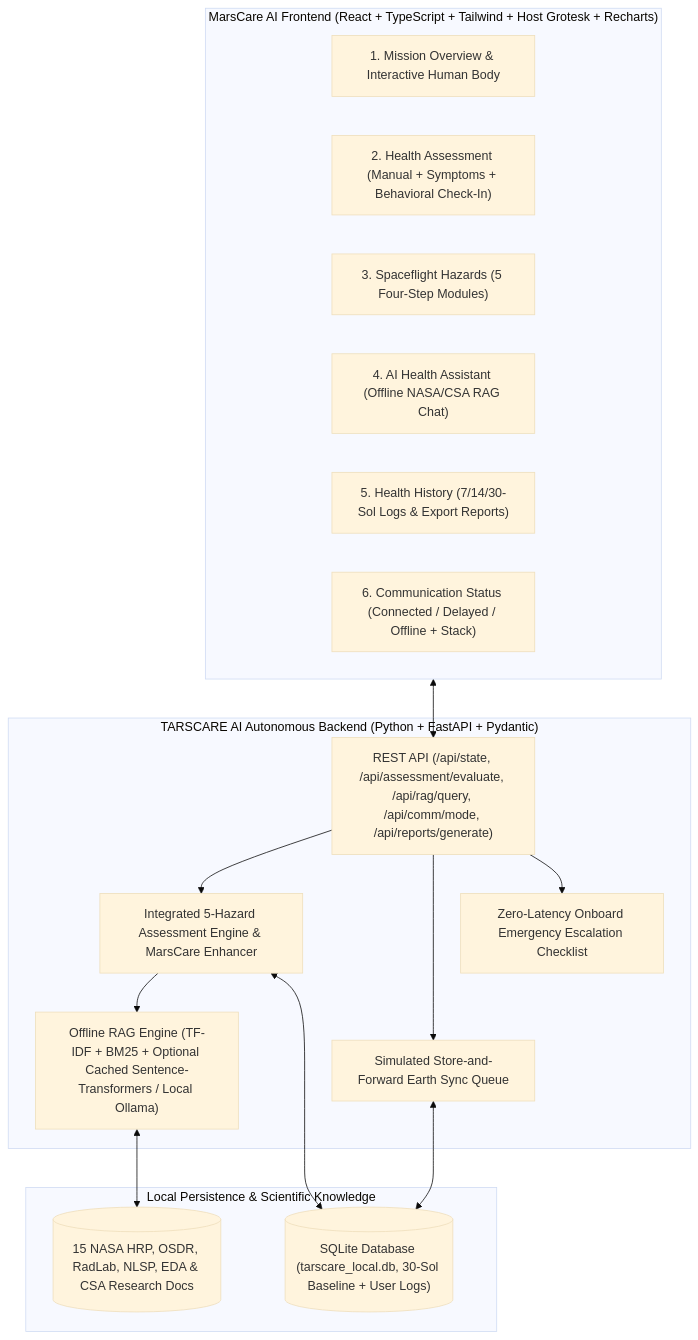
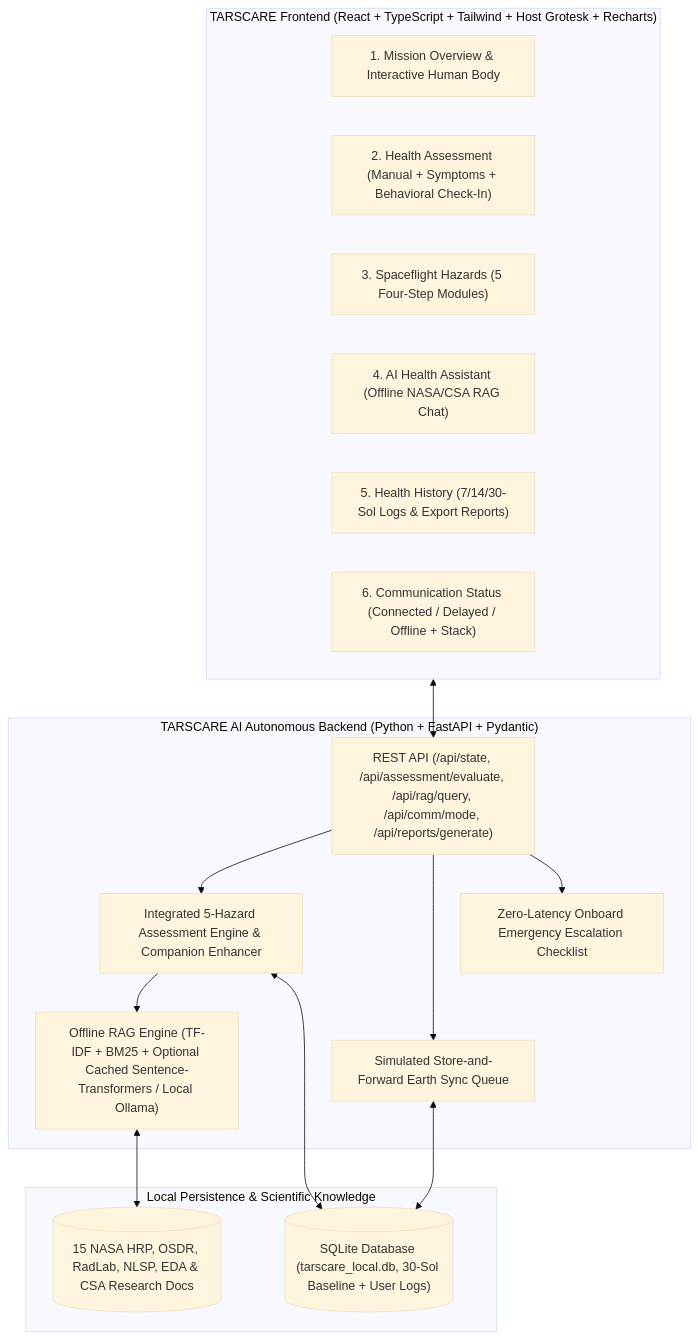
One commit to TanSuChin/NASASpaceChallenge2026-Milky_Has_Its_Own_Way changed the diagram in README.md. Above: the diagram before and after it, drawn with Mermaid (base theme). The commit also changed other lines of this file and 15 other files, not shown here.

Commit message:
feat: initialize TARSCARE space health platform with frontend components and backend routes

````diff
--- a/README.md
+++ b/README.md
@@ -10,33 +10,33 @@
 ```mermaid
 flowchart TD
-    subgraph Frontend["MarsCare AI Frontend (React + TypeScript + Tailwind + Host Grotesk + Recharts)"]
+    subgraph Frontend["TARSCARE Frontend (React + TypeScript + Tailwind + Host Grotesk + Recharts)"]
         V1["1. Mission Overview & Interactive Human Body"]
         V2["2. Health Assessment (Manual + Symptoms + Behavioral Check-In)"]
         V3["3. Spaceflight Hazards (5 Four-Step Modules)"]
         V4["4. AI Health Assistant (Offline NASA/CSA RAG Chat)"]
         V5["5. Health History (7/14/30-Sol Logs & Export Reports)"]
         V6["6. Communication Status (Connected / Delayed / Offline + Stack)"]
     end
 
     subgraph Backend["TARSCARE AI Autonomous Backend (Python + FastAPI + Pydantic)"]
         API["REST API (/api/state, /api/assessment/evaluate, /api/rag/query, /api/comm/mode, /api/reports/generate)"]
-        ENG["Integrated 5-Hazard Assessment Engine & MarsCare Enhancer"]
+        ENG["Integrated 5-Hazard Assessment Engine & Companion Enhancer"]
         RAG["Offline RAG Engine (TF-IDF + BM25 + Optional Cached Sentence-Transformers / Local Ollama)"]
         SF["Simulated Store-and-Forward Earth Sync Queue"]
         EMG["Zero-Latency Onboard Emergency Escalation Checklist"]
     end
 
     subgraph Storage["Local Persistence & Scientific Knowledge"]
         DB[("SQLite Database (tarscare_local.db, 30-Sol Baseline + User Logs)")]
         CORPUS[("15 NASA HRP, OSDR, RadLab, NLSP, EDA & CSA Research Docs")]
     end
 
     Frontend <--> API
     API --> ENG
     ENG --> RAG
     API --> SF
     API --> EMG
     ENG <--> DB
     SF <--> DB
     RAG <--> CORPUS
 ```
````
